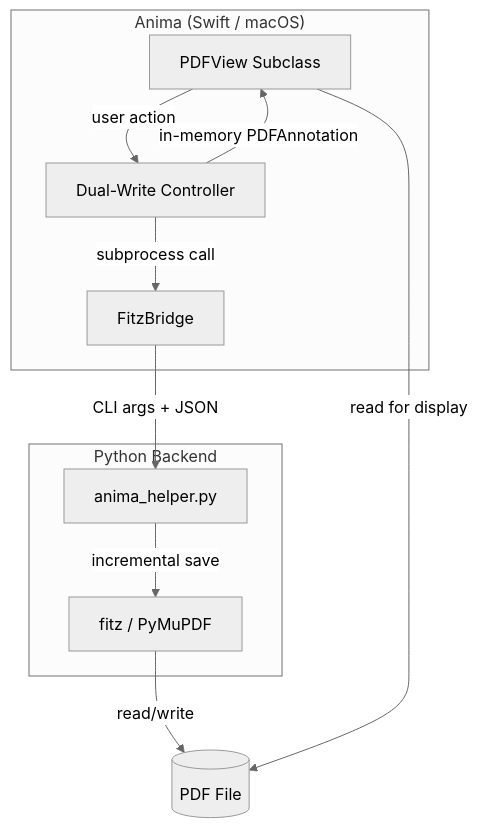
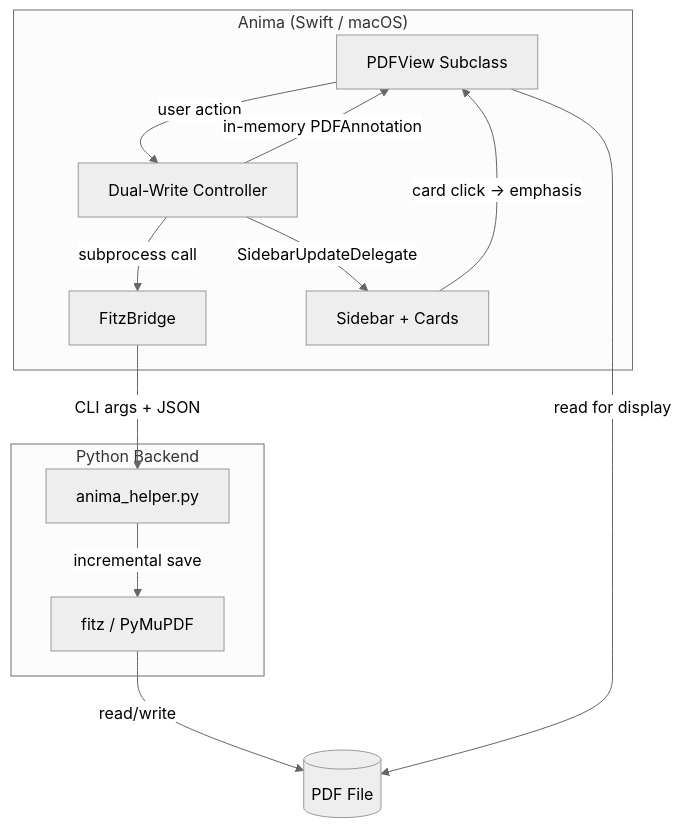
The diagram in README.md (fschuhi/anima), drawn with Mermaid (neutral theme) before and after one commit. The commit also changed other lines of this file and 5 other files, not shown here.

````diff
--- a/README.md
+++ b/README.md
@@ -35,23 +35,26 @@
 ```mermaid
 graph TB
     subgraph "Anima (Swift / macOS)"
         UI[PDFView Subclass]
         DW[Dual-Write Controller]
         FB[FitzBridge]
+        SB[Sidebar + Cards]
     end
 
     subgraph "Python Backend"
         AH[anima_helper.py]
         FZ[fitz / PyMuPDF]
     end
 
     PDF[(PDF File)]
 
     UI -->|user action| DW
     DW -->|in-memory PDFAnnotation| UI
     DW -->|subprocess call| FB
+    DW -->|SidebarUpdateDelegate| SB
     FB -->|CLI args + JSON| AH
     AH -->|incremental save| FZ
     FZ -->|read/write| PDF
     UI -->|read for display| PDF
+    SB -->|card click → emphasis| UI
 ```
````
